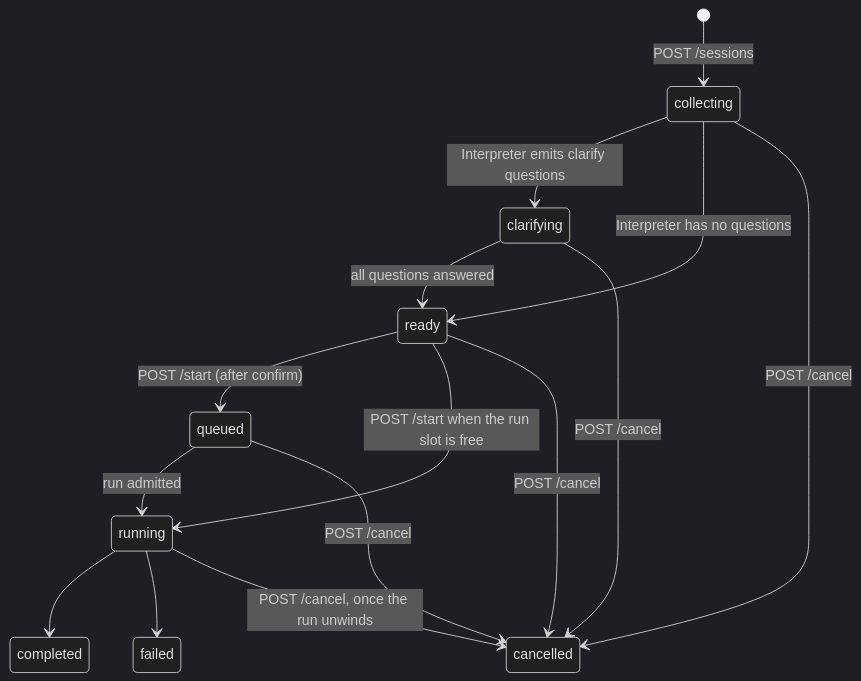
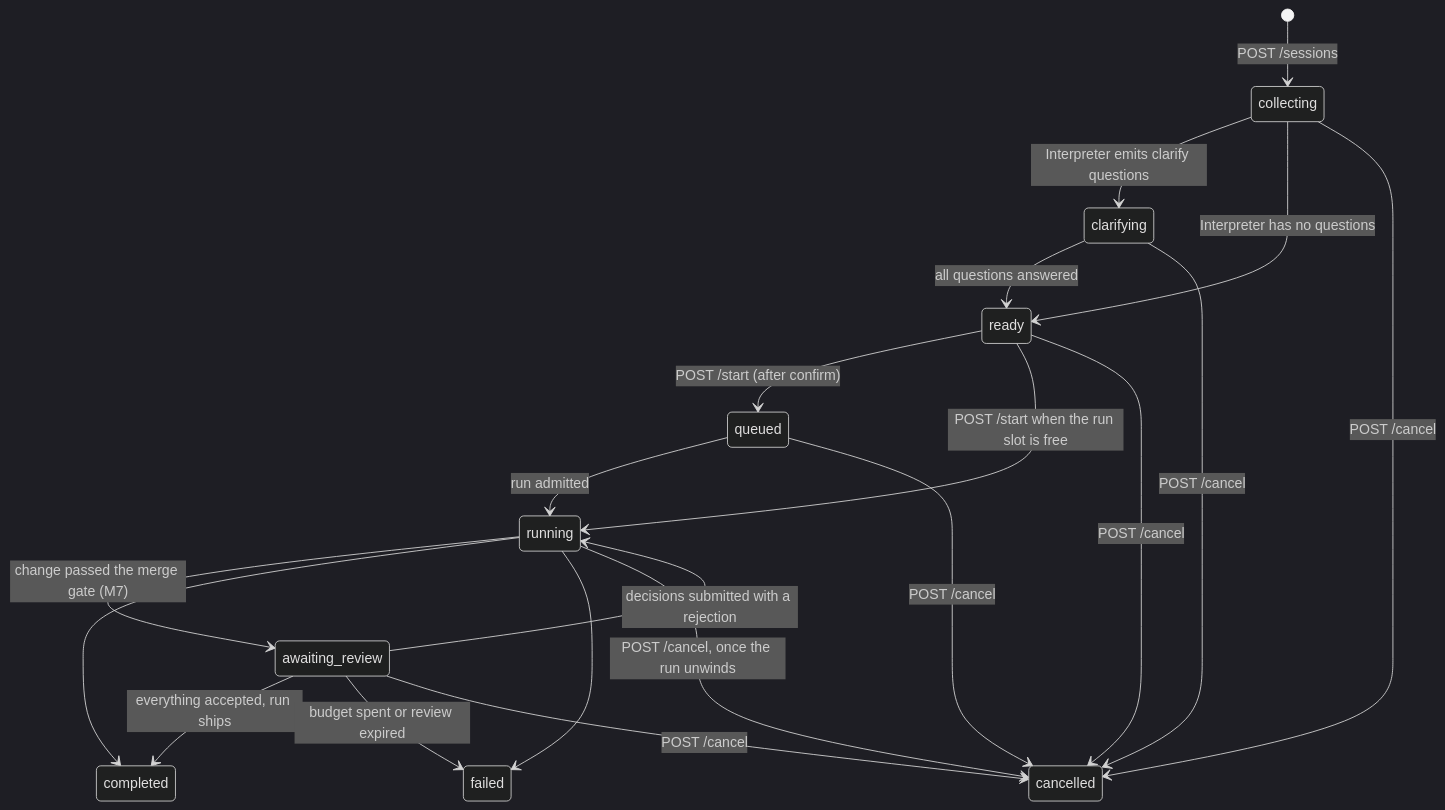
Before and after one commit to MWilk97/sprint-crew-v2: the diagram in docs/contracts/chat-console-api.md, drawn with Mermaid (dark theme). The commit also changed other lines of this file and 30 other files, not shown here.

First line of the commit message:
feat(console): a human gate that stops the run before it ships (M7)

````diff
--- a/docs/contracts/chat-console-api.md
+++ b/docs/contracts/chat-console-api.md
@@ -47,17 +48,22 @@
 ```mermaid
 stateDiagram-v2
   [*] --> collecting: POST /sessions
   collecting --> clarifying: Interpreter emits clarify questions
   collecting --> ready: Interpreter has no questions
   clarifying --> ready: all questions answered
   ready --> queued: POST /start (after confirm)
   ready --> running: POST /start when the run slot is free
   queued --> running: run admitted
   queued --> cancelled: POST /cancel
+  running --> awaiting_review: change passed the merge gate (M7)
+  awaiting_review --> running: decisions submitted with a rejection
+  awaiting_review --> completed: everything accepted, run ships
+  awaiting_review --> failed: budget spent or review expired
+  awaiting_review --> cancelled: POST /cancel
   running --> completed
   running --> failed
   running --> cancelled: POST /cancel, once the run unwinds
   collecting --> cancelled: POST /cancel
   clarifying --> cancelled: POST /cancel
   ready --> cancelled: POST /cancel
 ```
````
